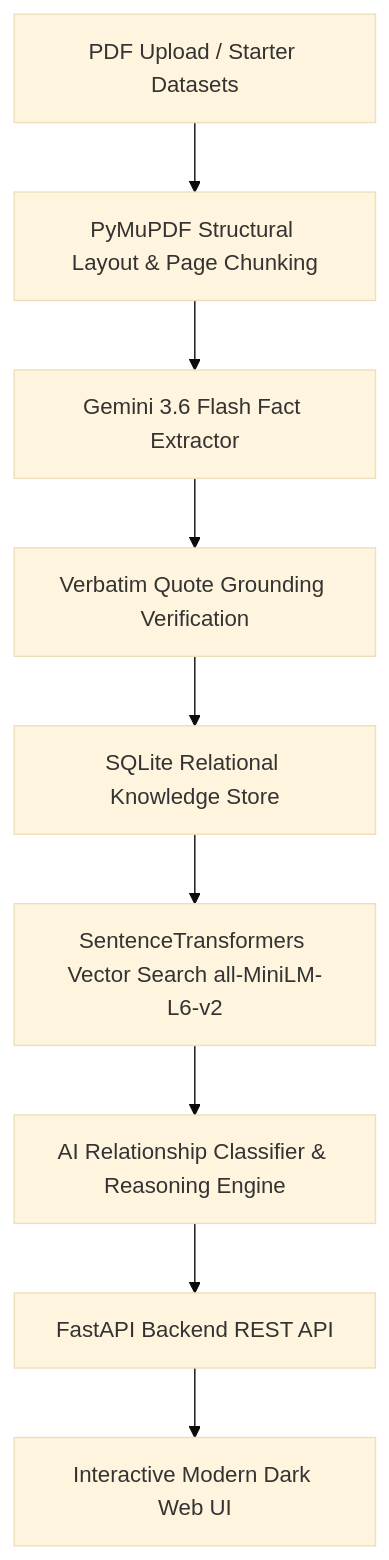
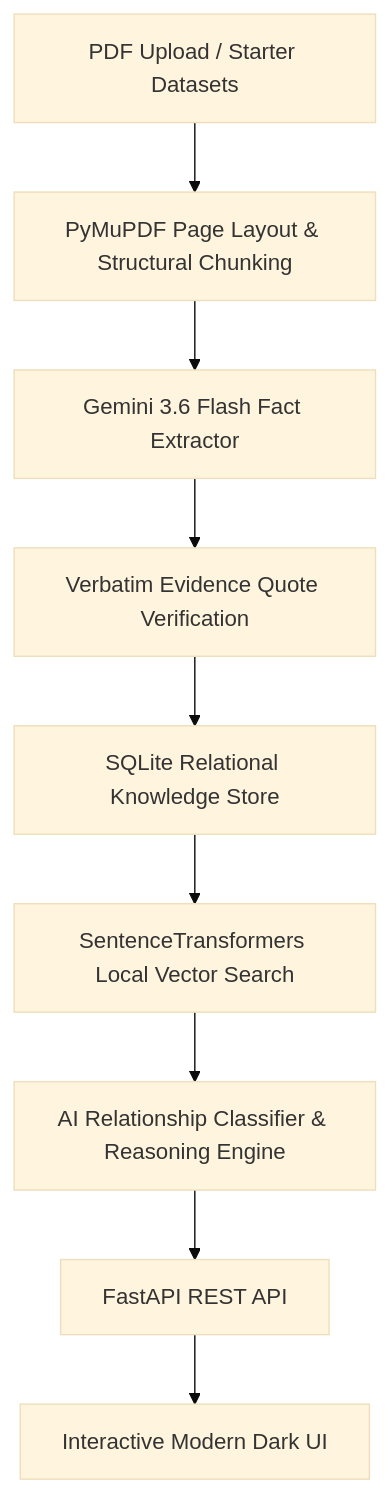
One commit to vijay-ps/SuperJoinAssignment changed the diagram in README.md. Above: the diagram before and after it, drawn with Mermaid (base theme). The commit also changed other lines of this file and 2 other files, not shown here.

````diff
--- a/README.md
+++ b/README.md
@@ -32,11 +66,11 @@
 ```mermaid
 graph TD
-    A[PDF Upload / Starter Datasets] --> B[PyMuPDF Structural Layout & Page Chunking]
+    A[PDF Upload / Starter Datasets] --> B[PyMuPDF Page Layout & Structural Chunking]
     B --> C[Gemini 3.6 Flash Fact Extractor]
-    C --> D[Verbatim Quote Grounding Verification]
+    C --> D[Verbatim Evidence Quote Verification]
     D --> E[SQLite Relational Knowledge Store]
-    E --> F[SentenceTransformers Vector Search all-MiniLM-L6-v2]
+    E --> F[SentenceTransformers Local Vector Search]
     F --> G[AI Relationship Classifier & Reasoning Engine]
-    G --> H[FastAPI Backend REST API]
-    H --> I[Interactive Modern Dark Web UI]
+    G --> H[FastAPI REST API]
+    H --> I[Interactive Modern Dark UI]
 ```
````
